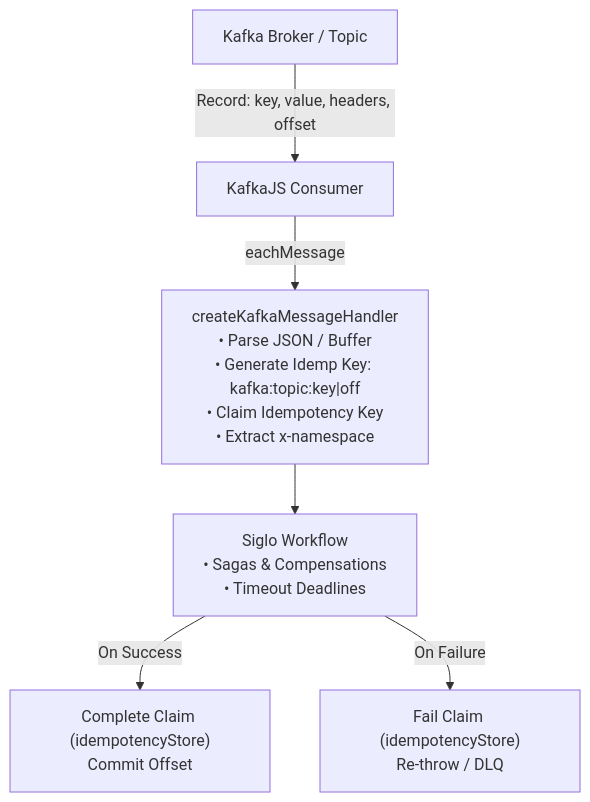
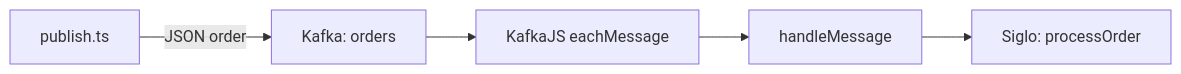
Before and after one commit to jsoftgem/siglo: the first of 4 diagrams in docs/adapters/kafka.md, drawn with Mermaid. The commit also changed other lines of this file and 13 other files, not shown here.

````diff
--- a/docs/adapters/kafka.md
+++ b/docs/adapters/kafka.md
@@ -13,8 +121,7 @@
 ```mermaid
-flowchart TD
-    Broker["Kafka Broker / Topic"] -->|Record: key, value, headers, offset| Consumer["KafkaJS Consumer"]
-    Consumer -->|eachMessage| Handler["createKafkaMessageHandler<br/>• Parse JSON / Buffer<br/>• Generate Idemp Key: kafka:topic:key|off<br/>• Claim Idempotency Key<br/>• Extract x-namespace"]
-    Handler --> WF["Siglo Workflow<br/>• Sagas & Compensations<br/>• Timeout Deadlines"]
-    WF -->|On Success| Success["Complete Claim (idempotencyStore)<br/>Commit Offset"]
-    WF -->|On Failure| Failure["Fail Claim (idempotencyStore)<br/>Re-throw / DLQ"]
+flowchart LR
+    Producer["publish.ts"] -->|JSON order| Topic["Kafka: orders"]
+    Topic --> Consumer["KafkaJS eachMessage"]
+    Consumer --> Adapter["handleMessage"]
+    Adapter --> Workflow["Siglo: processOrder"]
 ```
````
